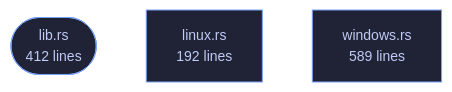
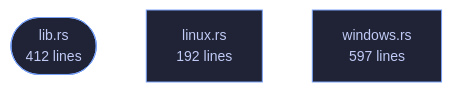
One commit to tilas01/veilvoice changed the diagram in crates/veilvoice-watch/README.md. Above: the diagram before and after it, drawn with Mermaid. The commit also changed other lines of this file and 56 other files, not shown here.

````diff
--- a/crates/veilvoice-watch/README.md
+++ b/crates/veilvoice-watch/README.md
@@ -81,10 +81,10 @@
 ```mermaid
 %%{init: {"theme":"base","themeVariables":{"background":"#1a1b26","primaryColor":"#1f2335","primaryTextColor":"#c0caf5","primaryBorderColor":"#7aa2f7","secondaryColor":"#16161e","tertiaryColor":"#16161e","lineColor":"#737aa2","textColor":"#c0caf5","mainBkg":"#1f2335","nodeBorder":"#7aa2f7","clusterBkg":"#16161e","clusterBorder":"#2f3549","fontFamily":"ui-monospace, SFMono-Regular, Consolas, monospace","fontSize":"14px"}}}%%
 flowchart TD
     n_lib(["lib.rs<br/>412 lines"])
     n_linux["linux.rs<br/>192 lines"]
-    n_windows["windows.rs<br/>589 lines"]
+    n_windows["windows.rs<br/>597 lines"]
     click n_lib href "https://github.com/tilas01/veilvoice/blob/main/crates/veilvoice-watch/src/lib.rs" "open the source"
     click n_linux href "https://github.com/tilas01/veilvoice/blob/main/crates/veilvoice-watch/src/linux.rs" "open the source"
     click n_windows href "https://github.com/tilas01/veilvoice/blob/main/crates/veilvoice-watch/src/windows.rs" "open the source"
 ```
````
